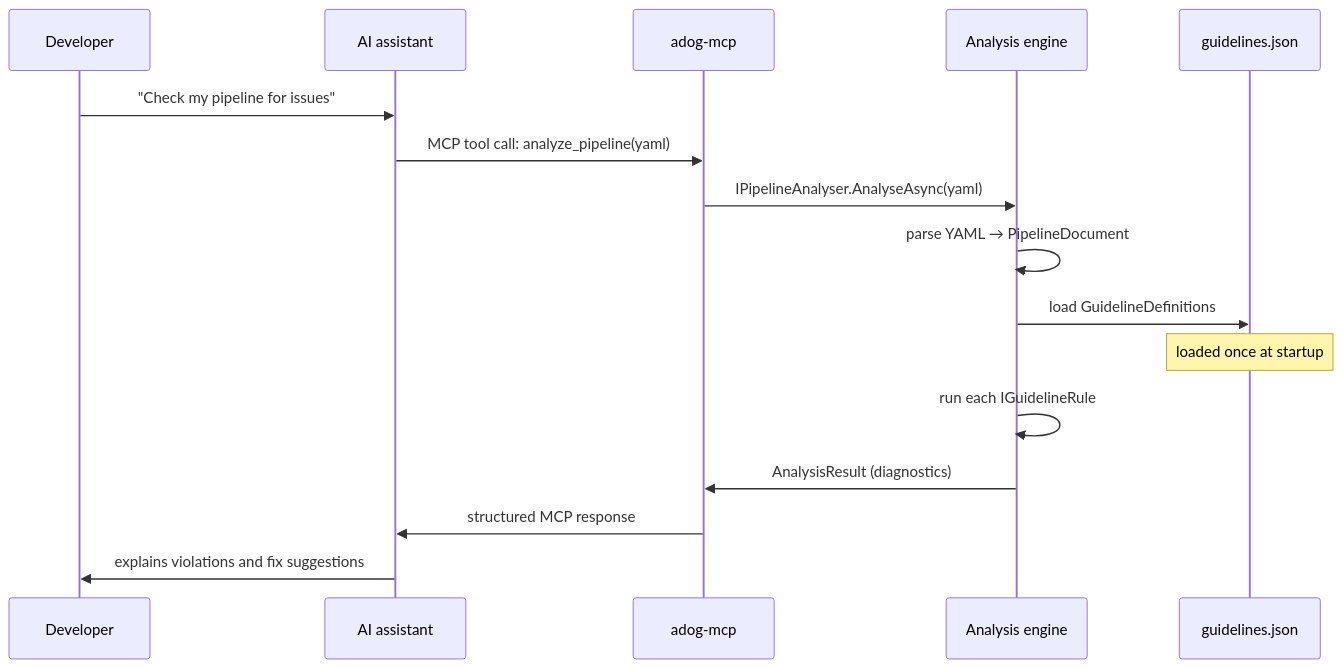
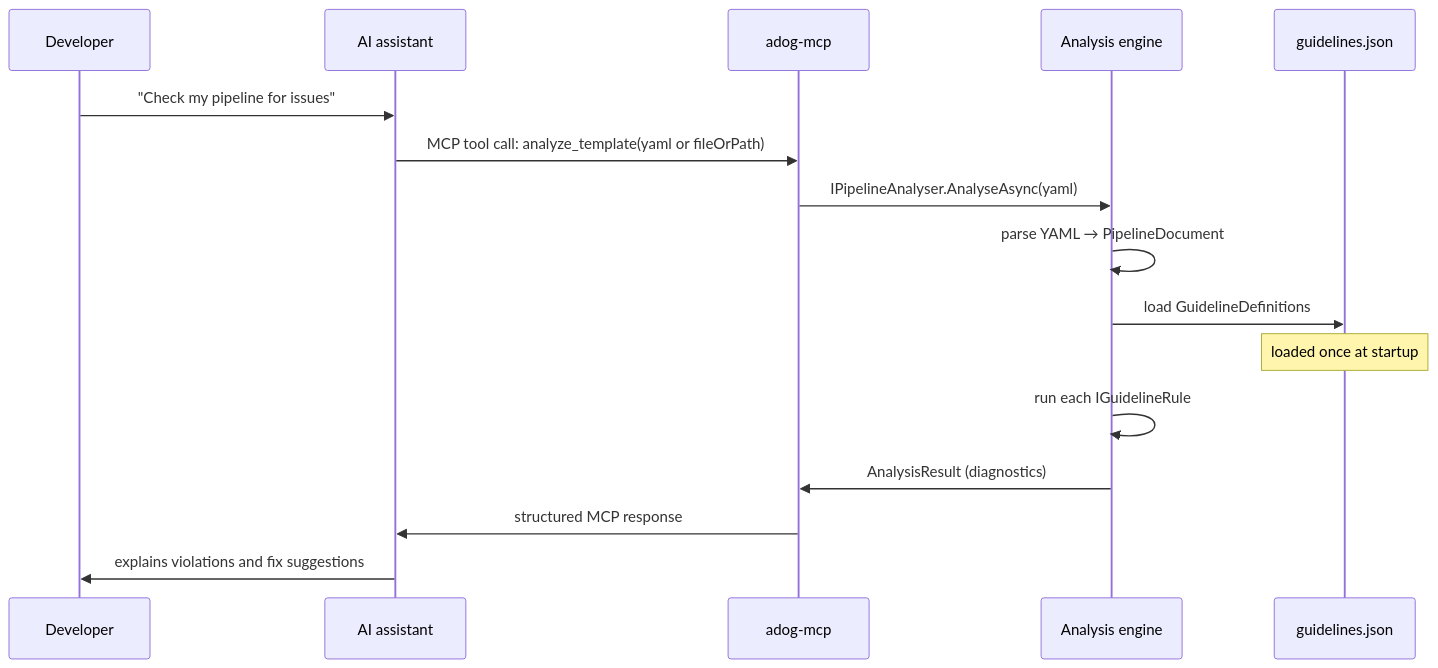
One commit to ruijarimba/azure-pipelines-guidelines-ai-mcp changed the second of 2 diagrams in docs/how-it-works.md. Above: the diagram before and after it, drawn with Mermaid. The commit also changed other lines of this file and 19 other files, not shown here.

Commit message:
refactor: unify MCP pipeline and template analysis

````diff
--- a/docs/how-it-works.md
+++ b/docs/how-it-works.md
@@ -47,19 +47,19 @@
 ```mermaid
 sequenceDiagram
     participant Dev as Developer
     participant AI as AI assistant
     participant Srv as adog-mcp
     participant Eng as Analysis engine
     participant Mnf as guidelines.json
 
     Dev->>AI: "Check my pipeline for issues"
-    AI->>Srv: MCP tool call: analyze_pipeline(yaml)
+    AI->>Srv: MCP tool call: analyze_template(yaml or fileOrPath)
     Srv->>Eng: IPipelineAnalyser.AnalyseAsync(yaml)
     Eng->>Eng: parse YAML → PipelineDocument
     Eng->>Mnf: load GuidelineDefinitions
     Note over Mnf: loaded once at startup
     Eng->>Eng: run each IGuidelineRule
     Eng->>Srv: AnalysisResult (diagnostics)
     Srv->>AI: structured MCP response
     AI->>Dev: explains violations and fix suggestions
 ```
````
